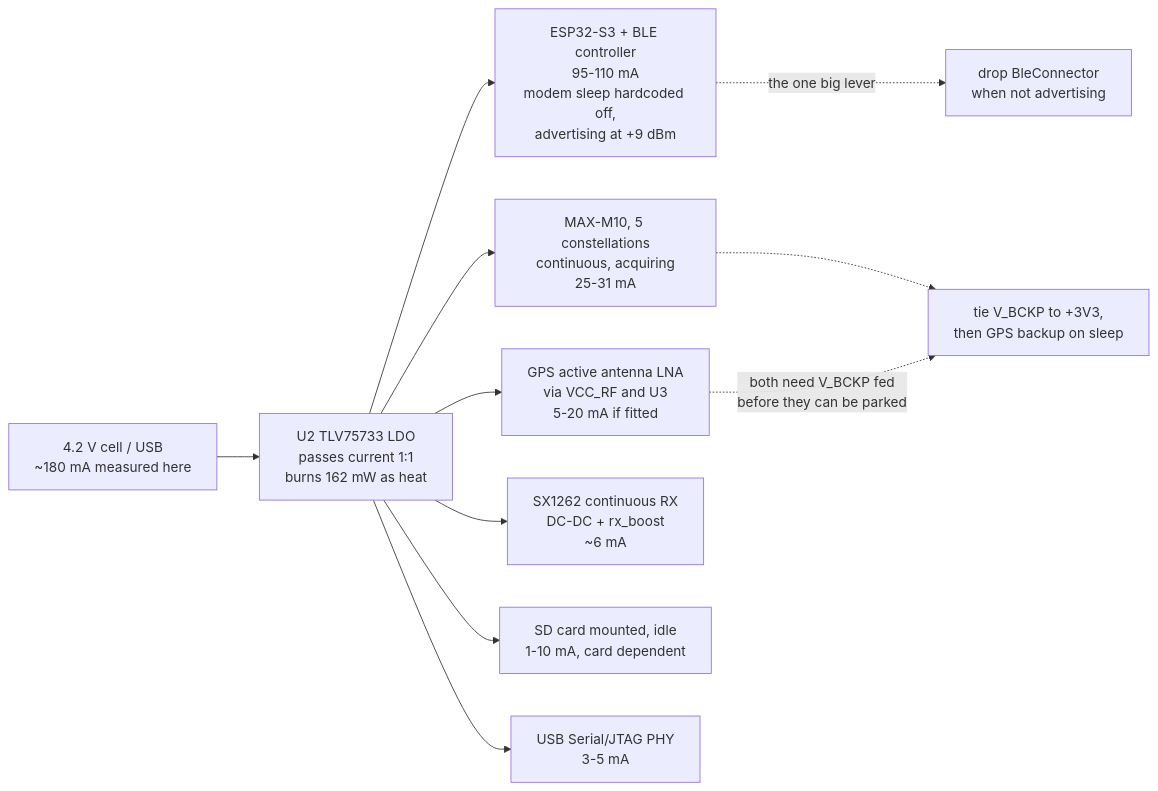
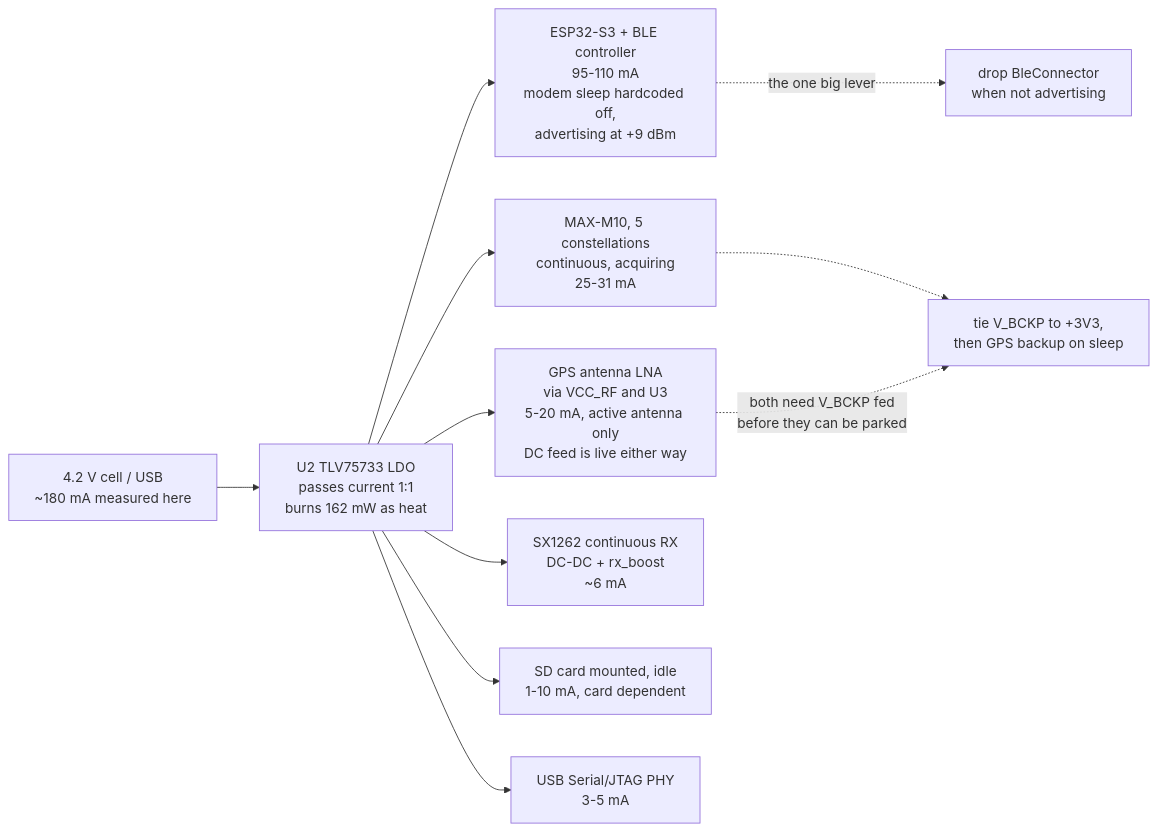
The diagram in POWER-S3.md (Telemety-In-Midair/telemetry-in-midair-rs), drawn with Mermaid before and after one commit. The commit also changed other lines of this file and 1 other file, not shown here.

First line of the commit message:
docs: the antenna type is an assumption, and it was mine

````diff
--- a/POWER-S3.md
+++ b/POWER-S3.md
@@ -57,17 +57,17 @@
 ```mermaid
 flowchart LR
     CELL["4.2 V cell / USB<br/>~180 mA measured here"]
     LDO["U2 TLV75733 LDO<br/>passes current 1:1<br/>burns 162 mW as heat"]
     CELL --> LDO
 
     LDO --> BLE["ESP32-S3 + BLE controller<br/>95-110 mA<br/>modem sleep hardcoded off,<br/>advertising at +9 dBm"]
     LDO --> GPS["MAX-M10, 5 constellations<br/>continuous, acquiring<br/>25-31 mA"]
-    LDO --> ANT["GPS active antenna LNA<br/>via VCC_RF and U3<br/>5-20 mA if fitted"]
+    LDO --> ANT["GPS antenna LNA<br/>via VCC_RF and U3<br/>5-20 mA, active antenna only<br/>DC feed is live either way"]
     LDO --> LORA["SX1262 continuous RX<br/>DC-DC + rx_boost<br/>~6 mA"]
     LDO --> SD["SD card mounted, idle<br/>1-10 mA, card dependent"]
     LDO --> USB["USB Serial/JTAG PHY<br/>3-5 mA"]
 
     BLE -.->|"the one big lever"| FIX1["drop BleConnector<br/>when not advertising"]
     GPS -.-> FIX2
     ANT -.->|"both need V_BCKP fed<br/>before they can be parked"| FIX2["tie V_BCKP to +3V3,<br/>then GPS backup on sleep"]
 ```
````
